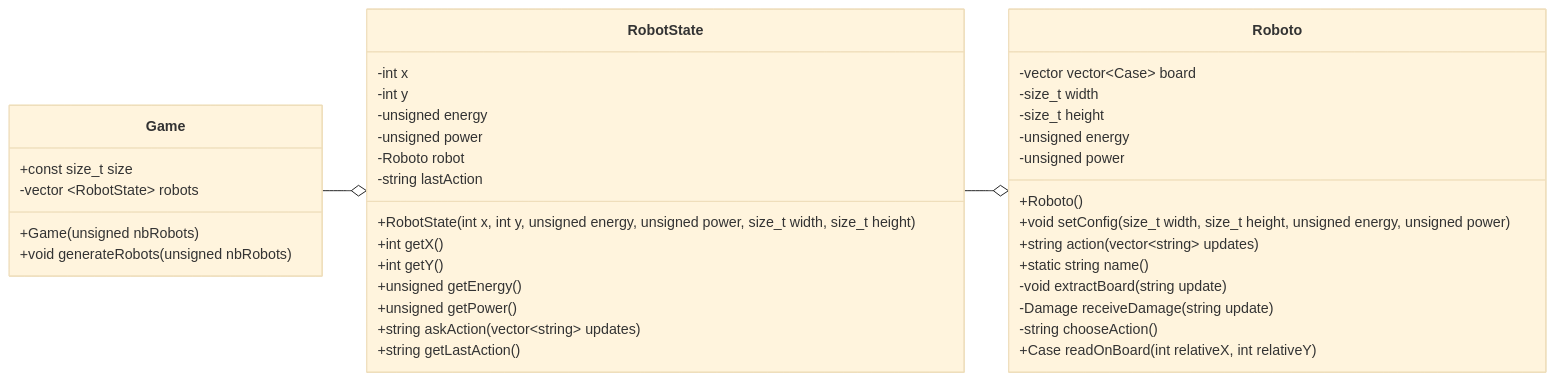
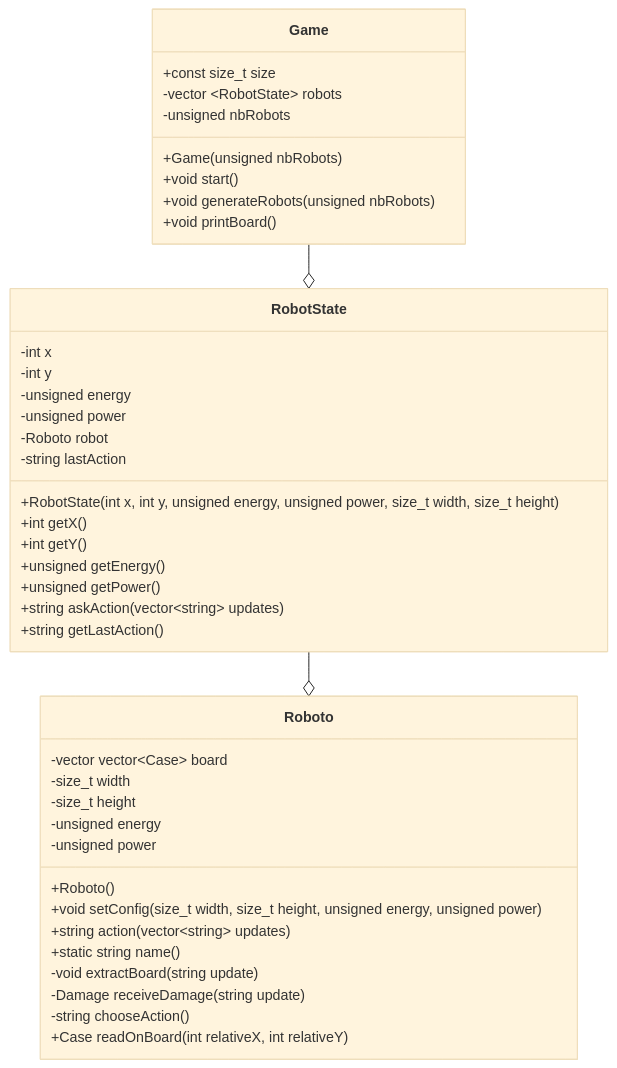
One commit to HEIGVD-PRG1-F-2022/lab06-lastrobotstanding-roboto changed the diagram in README.md. Above: the diagram before and after it, drawn with Mermaid (base theme).

Commit message:
Update README with adjustments in class diagram

````diff
--- a/README.md
+++ b/README.md
@@ -5,43 +5,46 @@
 ```mermaid
 classDiagram
-	direction LR
+	direction TB
 	RobotState --o Roboto
 	Game --o RobotState
 	class Roboto {
 		-vector vector~Case~ board
 		-size_t width
 		-size_t height
 		-unsigned energy
 		-unsigned power
 		+Roboto()
 		+void setConfig(size_t width, size_t height, unsigned energy, unsigned power)
 		+string action(vector~string~ updates)
 		+static string name()
 		-void extractBoard(string update)
 		-Damage receiveDamage(string update)
 		-string chooseAction()
 		+Case readOnBoard(int relativeX, int relativeY)
 	}
 	class RobotState {
 		-int x
 		-int y
 		-unsigned energy
 		-unsigned power
 		-Roboto robot
 		-string lastAction
 		+RobotState(int x, int y, unsigned energy, unsigned power, size_t width, size_t height)
 		+int getX()
 		+int getY()
 		+unsigned getEnergy()
 		+unsigned getPower()
 		+string askAction(vector~string~ updates)
 		+string getLastAction()
 	}
 	class Game {
 		+const size_t size
 		-vector ~RobotState~ robots
+		-unsigned nbRobots
 		+Game(unsigned nbRobots)
+		+void start()
 		+void generateRobots(unsigned nbRobots)
+		+void printBoard()
 	}
 
 ```
````
